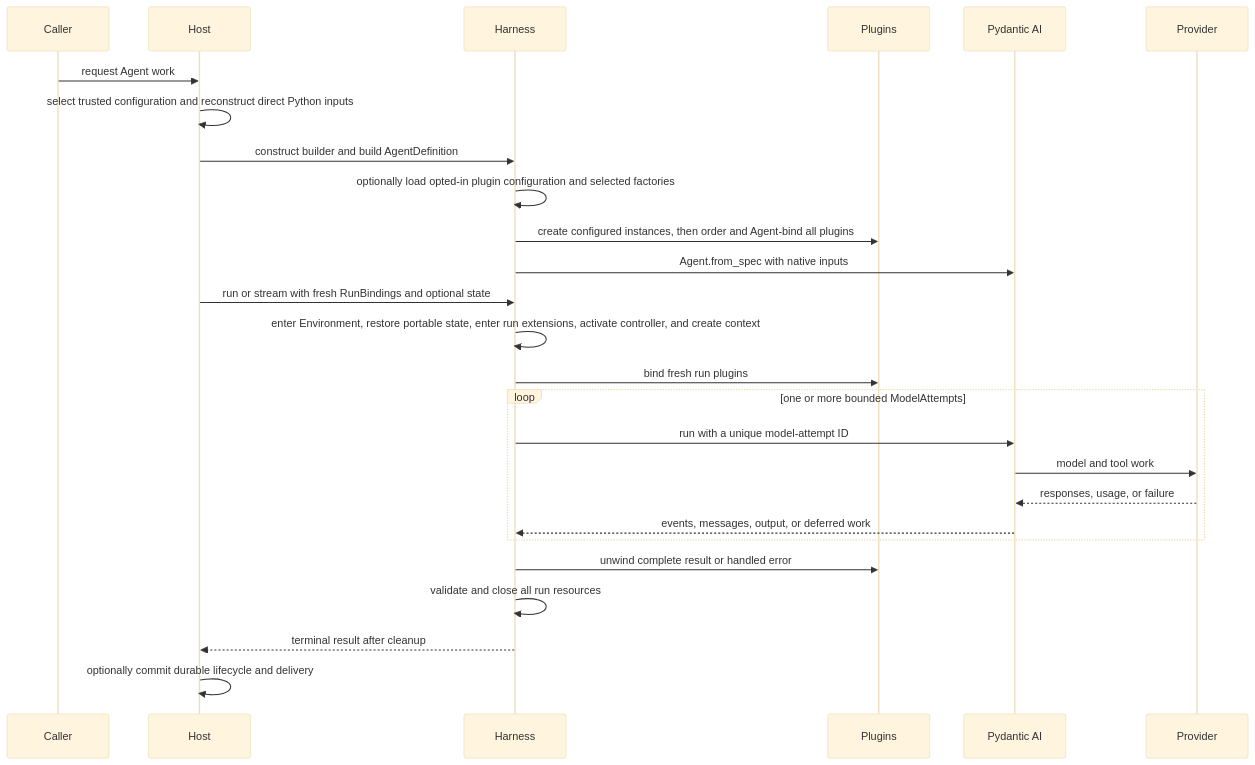
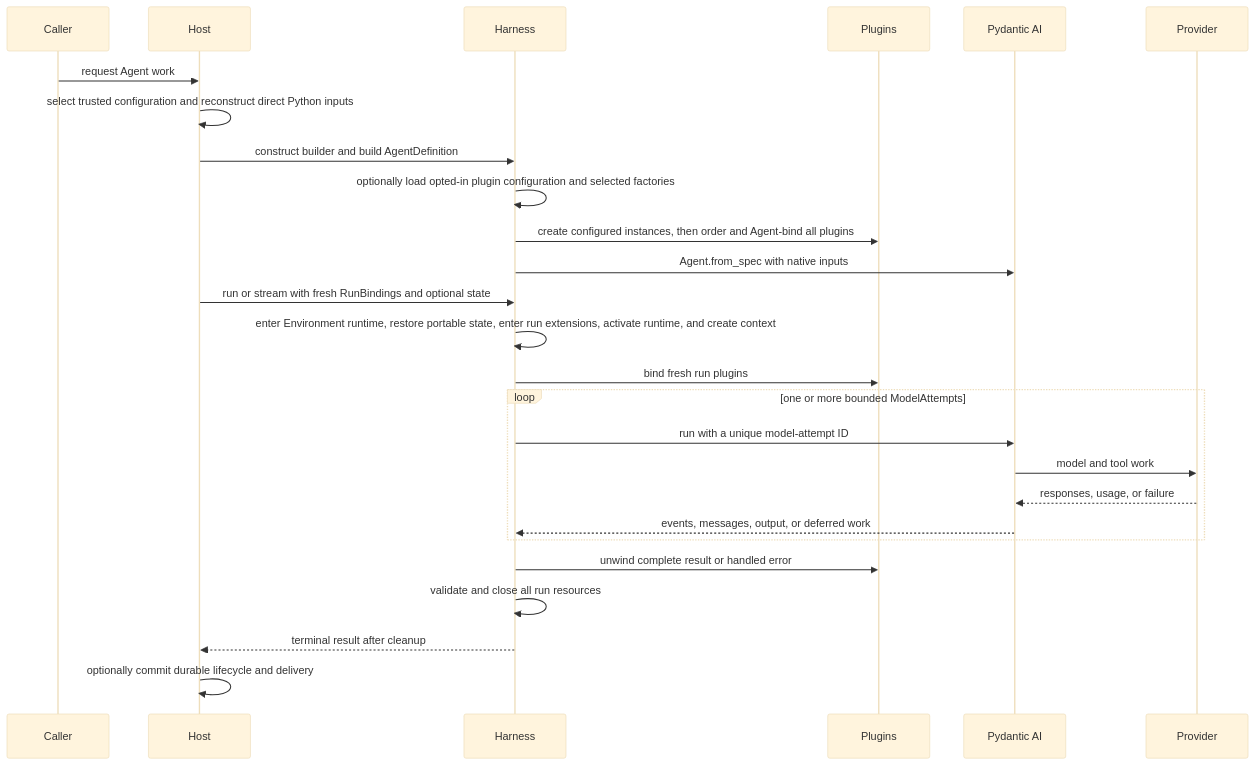
The second of 2 diagrams in spec/agent-harness/00-overview.md (LTThreeComma/agent-foundation), drawn with Mermaid (base theme) before and after one commit. The commit also changed other lines of this file and 135 other files, not shown here.

Commit message:
refactor(environment): adopt runtime mount model (#56)

````diff
--- a/spec/agent-harness/00-overview.md
+++ b/spec/agent-harness/00-overview.md
@@ -95,29 +95,29 @@
 ```mermaid
 sequenceDiagram
     participant Caller
     participant Host
     participant Harness
     participant Plugins
     participant PAI as Pydantic AI
     participant Provider
 
     Caller->>Host: request Agent work
     Host->>Host: select trusted configuration and reconstruct direct Python inputs
     Host->>Harness: construct builder and build AgentDefinition
     Harness->>Harness: optionally load opted-in plugin configuration and selected factories
     Harness->>Plugins: create configured instances, then order and Agent-bind all plugins
     Harness->>PAI: Agent.from_spec with native inputs
     Host->>Harness: run or stream with fresh RunBindings and optional state
-    Harness->>Harness: enter Environment, restore portable state, enter run extensions, activate controller, and create context
+    Harness->>Harness: enter Environment runtime, restore portable state, enter run extensions, activate runtime, and create context
     Harness->>Plugins: bind fresh run plugins
     loop one or more bounded ModelAttempts
         Harness->>PAI: run with a unique model-attempt ID
         PAI->>Provider: model and tool work
         Provider-->>PAI: responses, usage, or failure
         PAI-->>Harness: events, messages, output, or deferred work
     end
     Harness->>Plugins: unwind complete result or handled error
     Harness->>Harness: validate and close all run resources
     Harness-->>Host: terminal result after cleanup
     Host->>Host: optionally commit durable lifecycle and delivery
 ```
````
